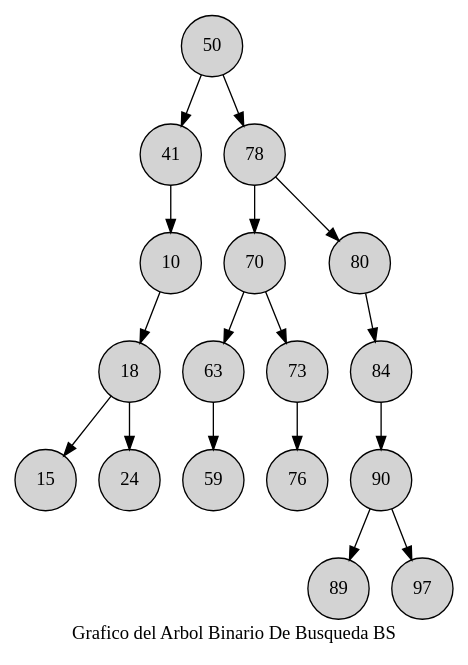
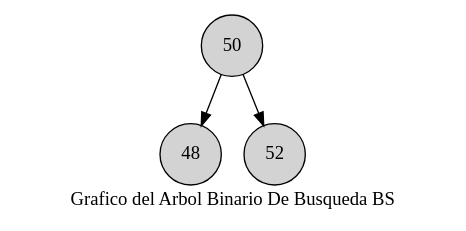
One commit to av-edson/EDD-Estructuras changed the diagram in estructuras/Resultado/GraficaArbol.dot. Above: the diagram before and after it, drawn with Graphviz. The commit also changed 2 other files, not shown here.

```diff
--- a/estructuras/Resultado/GraficaArbol.dot
+++ b/estructuras/Resultado/GraficaArbol.dot
@@ -1,22 +1,8 @@
 digraph D{
 node [shape=circle style=filled ] 
 label= " Grafico del Arbol Binario De Busqueda BS " 
 50
-50 -> 41
-41 -> 10
-10 -> 18
-18 -> 15
-18 -> 24
-50 -> 78
-78 -> 70
-70 -> 63
-63 -> 59
-70 -> 73
-73 -> 76
-78 -> 80
-80 -> 84
-84 -> 90
-90 -> 89
-90 -> 97
+50 -> 48
+50 -> 52
 
 }
```
